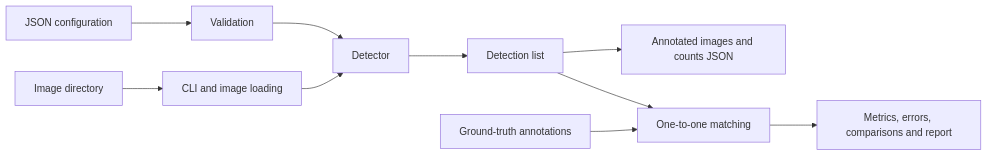
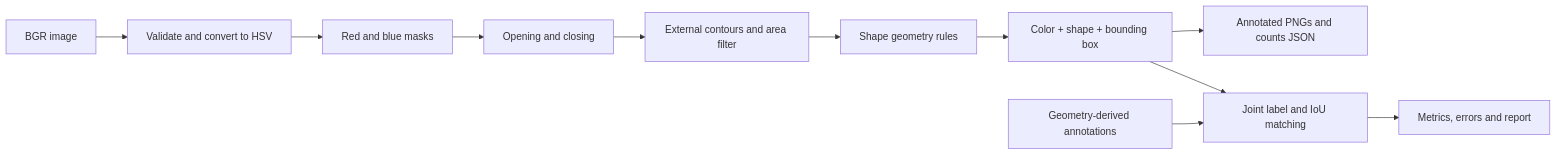
Before and after one commit to Prajwal-Reddy25/computer_vision_quality_inspection: the diagram in docs/ARCHITECTURE.md, drawn with Mermaid. The commit also changed other lines of this file and 114 other files, not shown here.

````diff
--- a/docs/ARCHITECTURE.md
+++ b/docs/ARCHITECTURE.md
@@ -6,12 +6,13 @@
 ```mermaid
 flowchart LR
-    A[Image directory] --> B[CLI and image loading]
-    C[JSON configuration] --> D[Validation]
-    D --> E[Detector]
-    B --> E
-    E --> F[Detection list]
-    F --> G[Annotated images and counts JSON]
-    F --> H[One-to-one matching]
-    I[Ground-truth annotations] --> H
-    H --> J[Metrics, errors, comparisons and report]
+    A[BGR image] --> B[Validate and convert to HSV]
+    B --> C[Red and blue masks]
+    C --> D[Opening and closing]
+    D --> E[External contours and area filter]
+    E --> F[Shape geometry rules]
+    F --> G[Color + shape + bounding box]
+    G --> H[Annotated PNGs and counts JSON]
+    G --> I[Joint label and IoU matching]
+    J[Geometry-derived annotations] --> I
+    I --> K[Metrics, errors and report]
 ```
````
